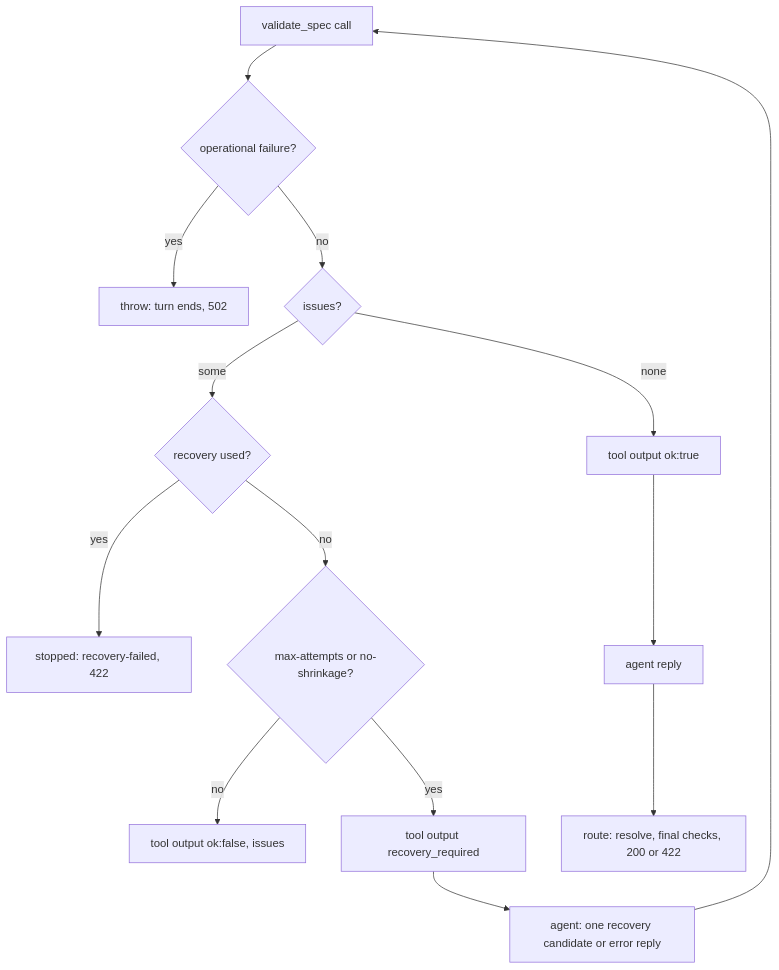
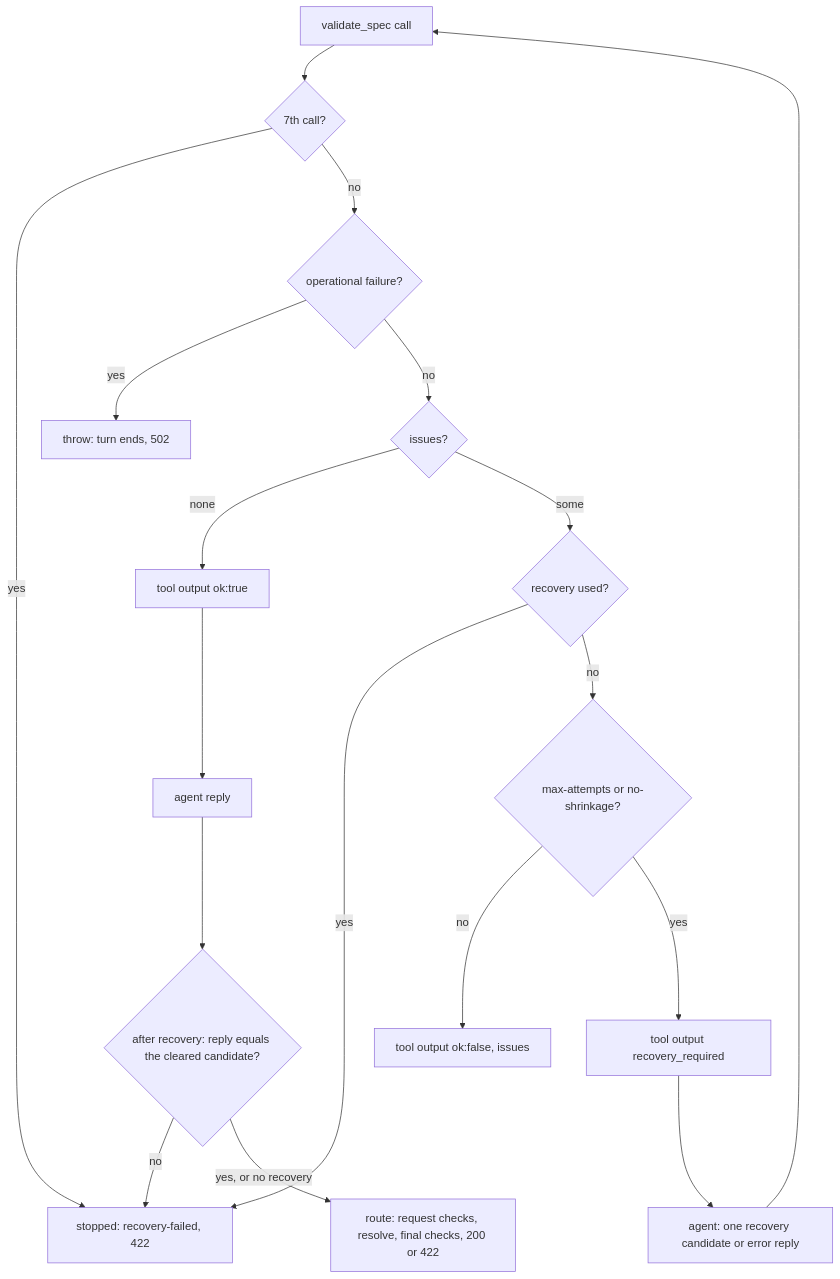
One commit to TriangulosTecnologia/cozsolidarias changed the diagram in openspec/changes/add-spec-recovery-policy/design.md. Above: the diagram before and after it, drawn with Mermaid. The commit also changed other lines of this file and 4 other files, not shown here.

````diff
--- a/openspec/changes/add-spec-recovery-policy/design.md
+++ b/openspec/changes/add-spec-recovery-policy/design.md
@@ -24,16 +25,20 @@
 ```mermaid
 flowchart TD
-  A[validate_spec call] --> B{operational failure?}
+  A[validate_spec call] --> N{7th call?}
+  N -- yes --> F[stopped: recovery-failed, 422]
+  N -- no --> B{operational failure?}
   B -- yes --> X[throw: turn ends, 502]
   B -- no --> C{issues?}
   C -- none --> OK[tool output ok:true]
   C -- some --> D{recovery used?}
-  D -- yes --> F[stopped: recovery-failed, 422]
+  D -- yes --> F
   D -- no --> E{max-attempts or no-shrinkage?}
   E -- no --> R[tool output ok:false, issues]
   E -- yes --> S[tool output recovery_required]
   S --> T[agent: one recovery candidate or error reply]
   T --> A
   OK --> G[agent reply]
-  G --> H[route: resolve, final checks, 200 or 422]
+  G --> K{after recovery: reply equals the cleared candidate?}
+  K -- no --> F
+  K -- yes, or no recovery --> H[route: request checks, resolve, final checks, 200 or 422]
 ```
````
